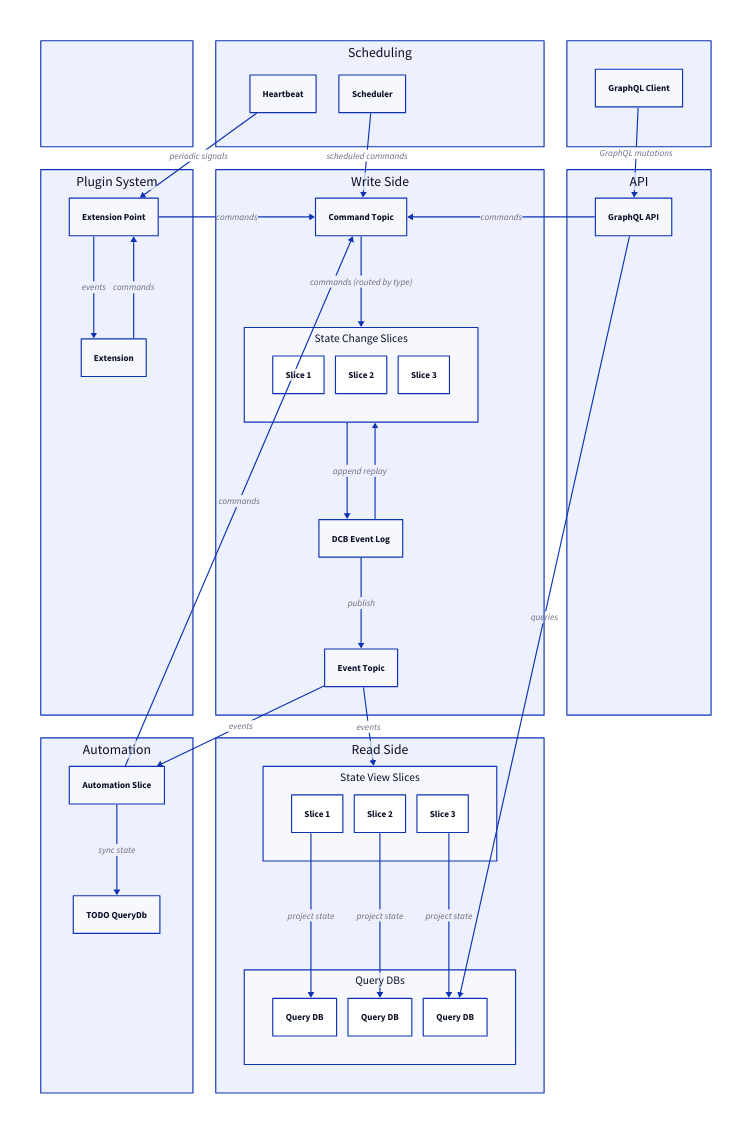
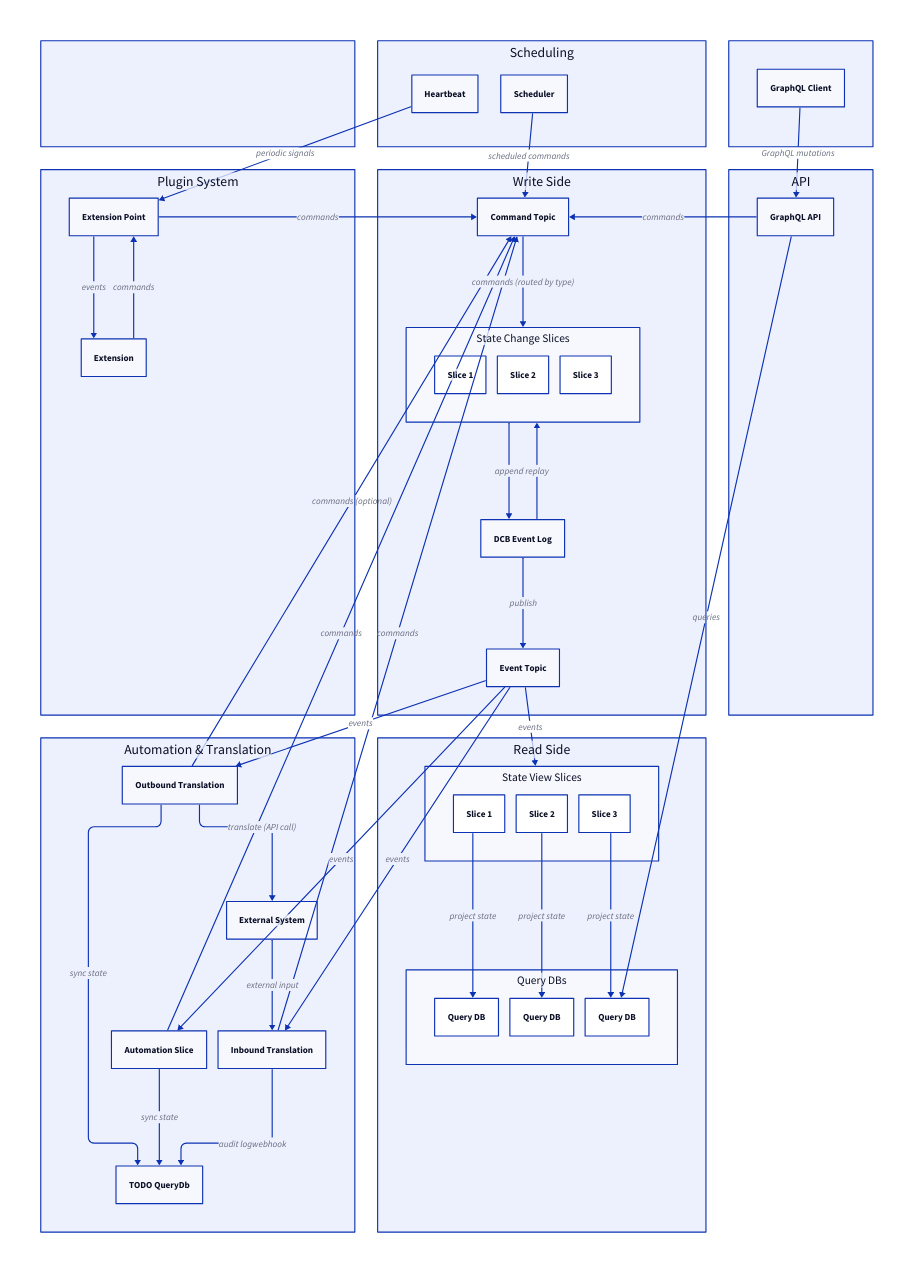
One commit to ReventlessDev/reventless-core changed the second of 20 diagrams in packages/doc/docs-app/component-overview.md. Above: the diagram before and after it, drawn with D2. The commit also changed other lines of this file and 57 other files, not shown here.

First line of the commit message:
feat: add TranslationSlice components with docs and webhook backlog plan

````diff
--- a/packages/doc/docs-app/component-overview.md
+++ b/packages/doc/docs-app/component-overview.md
@@ -198,14 +198,21 @@
 
   # ── Row 3 ──────────────────────────────────────────────────────────────────
 
-  automation: Automation {
+  automation: Automation & Translation {
     direction: down
     class: automation-slices-area
 
     auto_slice: Automation Slice { class: automation-slice }
+    outbound_slice: Outbound Translation { class: automation-slice }
+    inbound_slice: Inbound Translation { class: automation-slice }
     todo_db: TODO QueryDb { class: query-db }
+    external: External System { class: external-system }
 
     auto_slice -> todo_db: sync state { class: projection-flow }
+    outbound_slice -> todo_db: sync state { class: projection-flow }
+    outbound_slice -> external: "translate (API call)"
+    external -> inbound_slice: "external input"
+    inbound_slice -> todo_db: audit logwebhook { class: projection-flow }
   }
 
   read_side: Read Side {
@@ -245,6 +252,10 @@
   automation.auto_slice -> write_side.cmd_topic: commands { class: command-flow }
   plugins.ext_point -> write_side.cmd_topic: commands { class: cross-plugin }
   scheduling.heartbeat -> plugins.ext_point: periodic signals { class: event-flow }
+  write_side.event_topic -> automation.outbound_slice: events { class: event-flow }
+  write_side.event_topic -> automation.inbound_slice: events { class: event-flow }
+  automation.outbound_slice -> write_side.cmd_topic: "commands (optional)" { class: command-flow }
+  automation.inbound_slice -> write_side.cmd_topic: commands { class: command-flow }
   scheduling.scheduler -> write_side.cmd_topic: scheduled commands { class: command-flow }
 }
 ```
````
